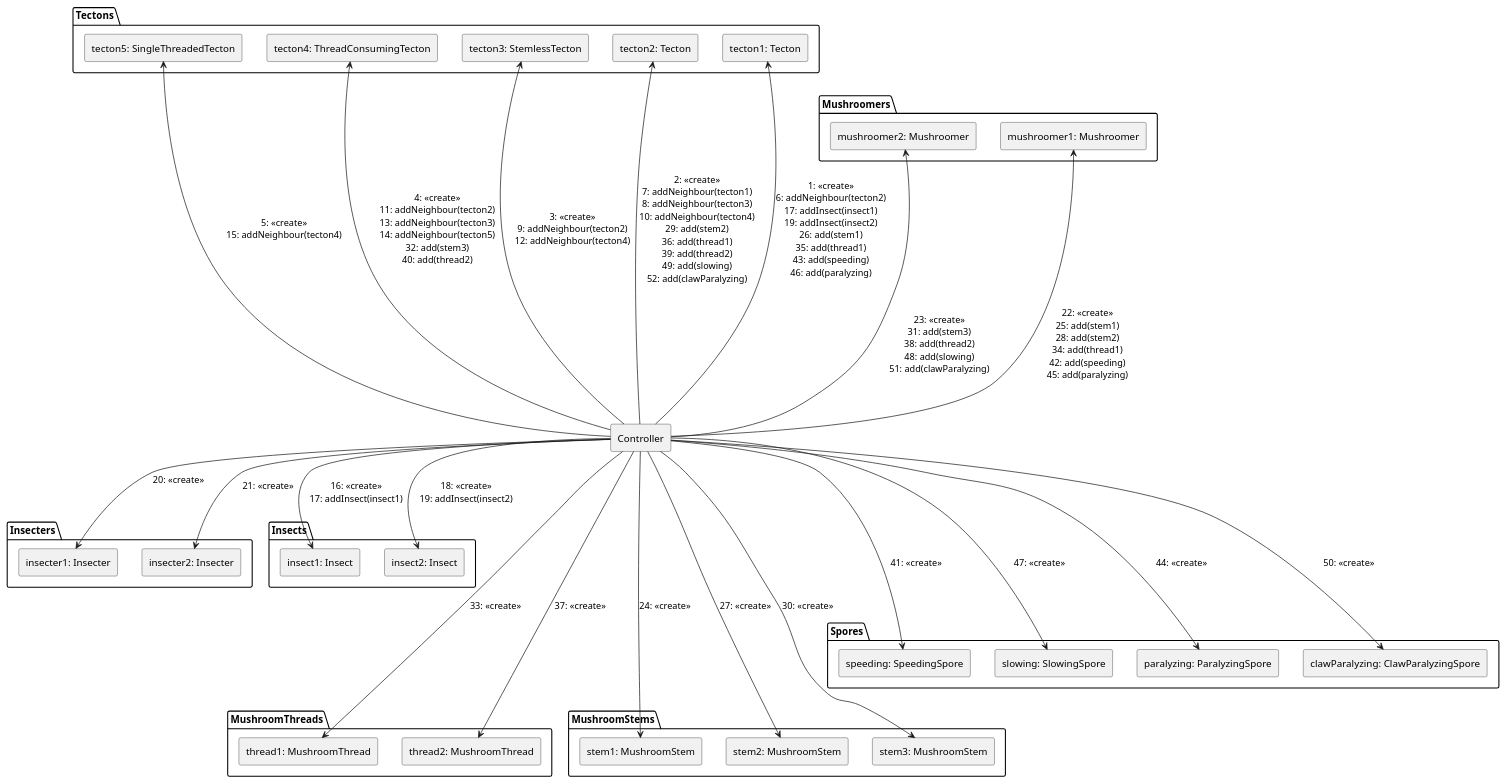
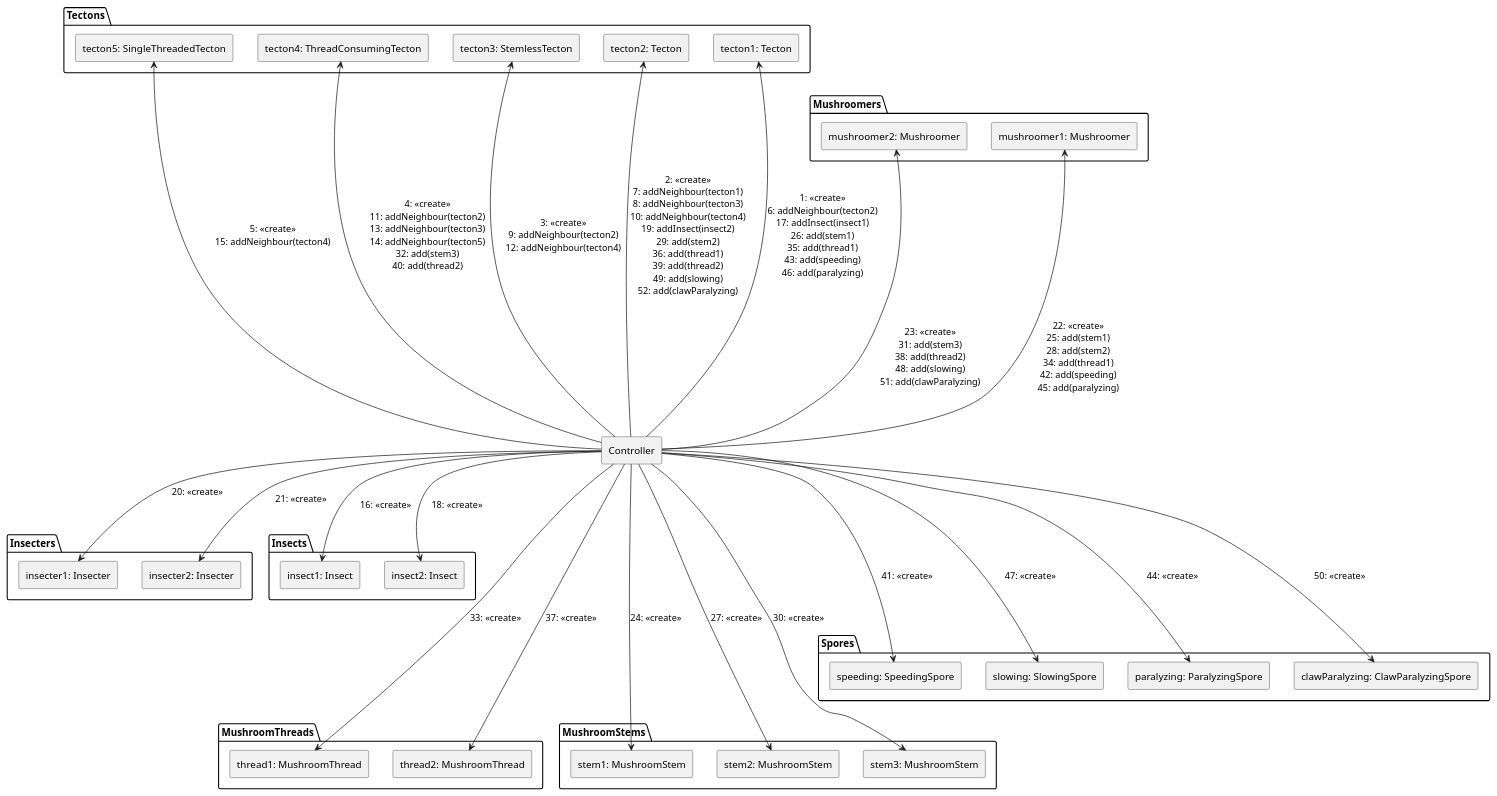
One commit to Petya-G/fungorium changed the diagram in 5/communication_diagrams/big_diagram_2.puml. Above: the diagram before and after it, drawn with PlantUML.

Commit message:
correction

```diff
--- a/5/communication_diagrams/big_diagram_2.puml
+++ b/5/communication_diagrams/big_diagram_2.puml
@@ -1,78 +1,78 @@
 @startuml Communication diagram
 
 rectangle "Controller" as Controller
 
 package "Tectons" {
     rectangle "tecton1: Tecton" as tecton1
     rectangle "tecton2: Tecton" as tecton2
     rectangle "tecton3: StemlessTecton" as tecton3
     rectangle "tecton4: ThreadConsumingTecton" as tecton4
     rectangle "tecton5: SingleThreadedTecton" as tecton5
 }
 
 package "Insecters" {
     rectangle "insecter1: Insecter" as insecter1
     rectangle "insecter2: Insecter" as insecter2
 }
 
 package "Mushroomers" {
     rectangle "mushroomer1: Mushroomer" as mushroomer1
     rectangle "mushroomer2: Mushroomer" as mushroomer2
 }
 
 package "Insects" {
     rectangle "insect1: Insect" as insect1
     rectangle "insect2: Insect" as insect2
 }
 
 package "MushroomThreads" {
     rectangle "thread1: MushroomThread" as thread1
     rectangle "thread2: MushroomThread" as thread2
 }
 
 package "MushroomStems" {
     rectangle "stem1: MushroomStem" as stem1
     rectangle "stem2: MushroomStem" as stem2
     rectangle "stem3: MushroomStem" as stem3
 }
 
 package "Spores" {
     rectangle "speeding: SpeedingSpore" as speeding
     rectangle "slowing: SlowingSpore" as slowing
     rectangle "paralyzing: ParalyzingSpore" as paralyzing
     rectangle "clawParalyzing: ClawParalyzingSpore" as clawParalyzing
 }
 
 ' Creating tectons and assigning neighbors
-Controller -up---> tecton1 : 1: <<create>>\n6: addNeighbour(tecton2)\n17: addInsect(insect1)\n19: addInsect(insect2)\n26: add(stem1)\n35: add(thread1)\n43: add(speeding)\n46: add(paralyzing)
-Controller -up---> tecton2 : 2: <<create>>\n7: addNeighbour(tecton1)\n8: addNeighbour(tecton3)\n10: addNeighbour(tecton4)\n29: add(stem2)\n36: add(thread1)\n39: add(thread2)\n49: add(slowing)\n52: add(clawParalyzing)
+Controller -up---> tecton1 : 1: <<create>>\n6: addNeighbour(tecton2)\n17: addInsect(insect1)\n26: add(stem1)\n35: add(thread1)\n43: add(speeding)\n46: add(paralyzing)
+Controller -up---> tecton2 : 2: <<create>>\n7: addNeighbour(tecton1)\n8: addNeighbour(tecton3)\n10: addNeighbour(tecton4)\n19: addInsect(insect2)\n29: add(stem2)\n36: add(thread1)\n39: add(thread2)\n49: add(slowing)\n52: add(clawParalyzing)
 Controller -up---> tecton3 : 3: <<create>>\n9: addNeighbour(tecton2)\n12: addNeighbour(tecton4)
 Controller -up---> tecton4 : 4: <<create>>\n11: addNeighbour(tecton2)\n13: addNeighbour(tecton3)\n14: addNeighbour(tecton5)\n32: add(stem3)\n40: add(thread2)
 Controller -up---> tecton5 : 5: <<create>>\n15: addNeighbour(tecton4)
 
 ' Creating insects and adding them to tectons
-Controller --> insect1 : 16: <<create>>\n17: addInsect(insect1) 
-Controller --> insect2 : 18: <<create>>\n19: addInsect(insect2)
+Controller --> insect1 : 16: <<create>>
+Controller --> insect2 : 18: <<create>>
 
 ' Creating players
 Controller --> insecter1 : 20: <<create>>\n\n
 Controller --> insecter2 : 21: <<create>>\n
 Controller -up--> mushroomer1 : 22: <<create>>\n25: add(stem1)\n28: add(stem2)\n34: add(thread1)\n42: add(speeding)\n45: add(paralyzing)
 Controller -up--> mushroomer2 : 23: <<create>>\n31: add(stem3)\n38: add(thread2)\n48: add(slowing)\n51: add(clawParalyzing)
 
 ' Creating stems and adding them
 Controller ----> stem1 : 24: <<create>>
 Controller ----> stem2 : 27: <<create>>
 Controller ----> stem3 : 30: <<create>>
 
 ' Creating threads and adding them
 Controller ----> thread1 : 33: <<create>>
 Controller ----> thread2 : 37: <<create>>
 
 ' Creating spores and adding them
 Controller ---> speeding : 41: <<create>>
 Controller ---> paralyzing : 44: <<create>>
 Controller ---> slowing : 47: <<create>>
 Controller ---> clawParalyzing : 50: <<create>>
 
 @enduml
```
